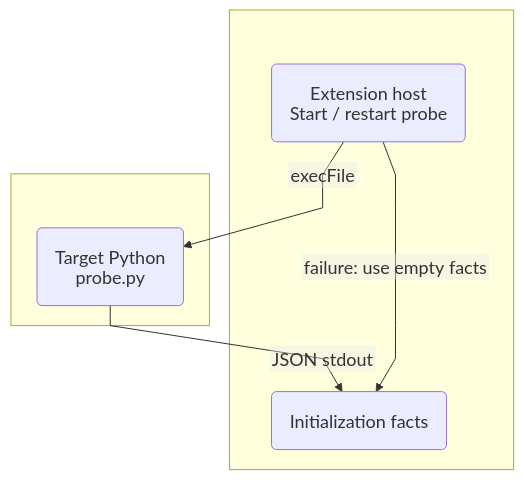
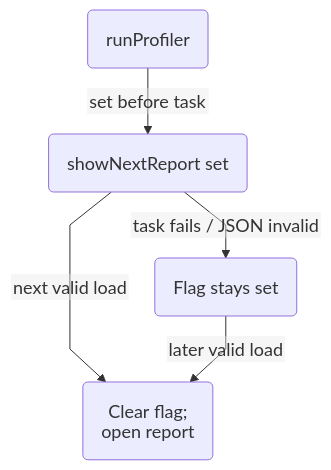
Before and after one commit to AashishTangnami/python-memory-guardian: the ninth of 16 diagrams in docs/feature-map.md, drawn with Mermaid. The commit also changed other lines of this file and 6 other files, not shown here.

Commit message:
docs: consolidate feature-map diagrams and close source/doc gaps

````diff
--- a/docs/feature-map.md
+++ b/docs/feature-map.md
@@ -398,14 +333,8 @@
 ```mermaid
 %%{init: {"fontFamily":"Arial, sans-serif","themeVariables":{"fontSize":"18px","fontFamily":"Arial, sans-serif"},"flowchart":{"curve":"linear","nodeSpacing":32,"rankSpacing":40,"diagramPadding":8,"padding":18,"subGraphTitleMargin":{"top":10,"bottom":24},"htmlLabels":false},"layout":"dagre","htmlLabels":false,"themeCSS":".node rect, .cluster rect { rx: 10px; ry: 10px; } .label, .nodeLabel, .edgeLabel, .cluster-label { letter-spacing: normal; word-spacing: normal; } .edgeLabel rect { stroke: currentColor !important; stroke-width: 1px !important; stroke-dasharray: none; opacity: 1 !important; fill-opacity: 1; rx: 4px; ry: 4px; }"}}%%
 flowchart TD
-subgraph EXT[" "]
-      Probe("Extension host<br/>Start / restart probe")
-      Init("Initialization facts")
-    end
-    subgraph TARGET[" "]
-      Facts("Target Python<br/>probe.py")
-    end
-    Probe -->|execFile| Facts
-    Facts -->|JSON stdout| Init
-    Probe -->|failure: use empty facts| Init
+    Run("runProfiler") -->|set before task| Flag("showNextReport set")
+    Flag -->|next valid load| Open("Clear flag;<br/>open report")
+    Flag -->|task fails / JSON invalid| Wait("Flag stays set")
+    Wait -->|later valid load| Open
 ```
````
